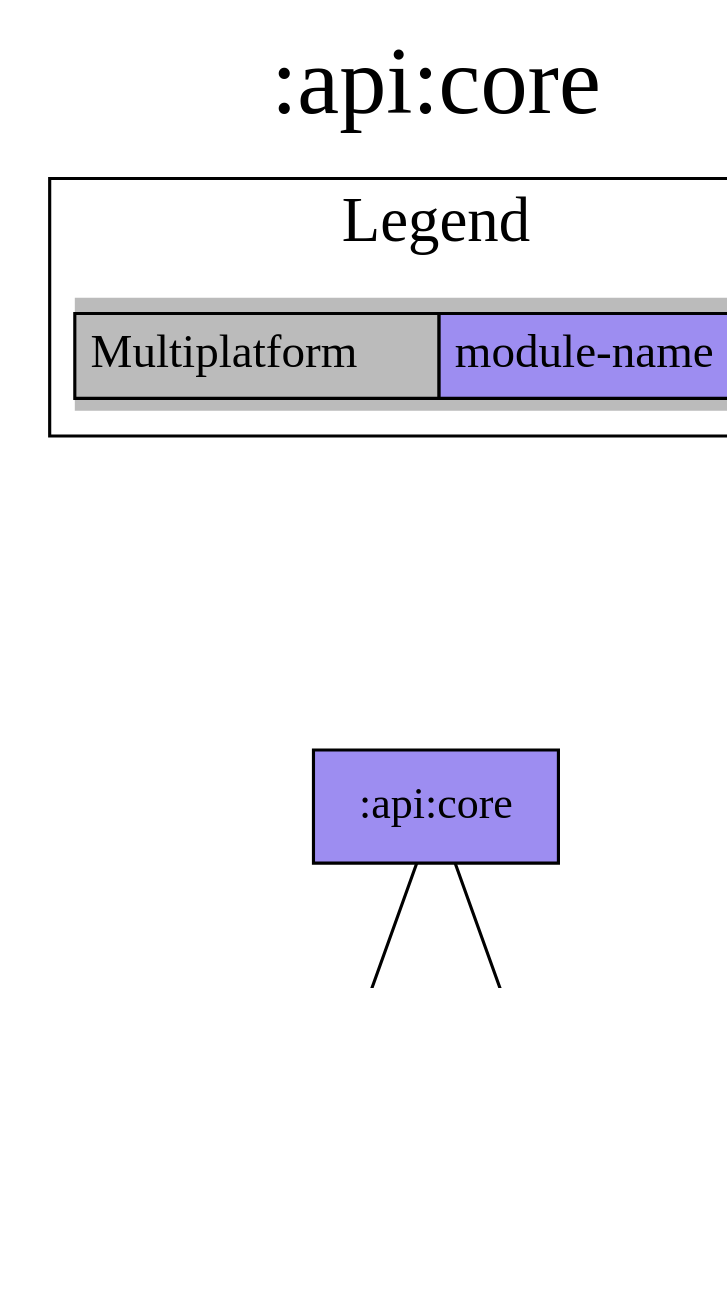
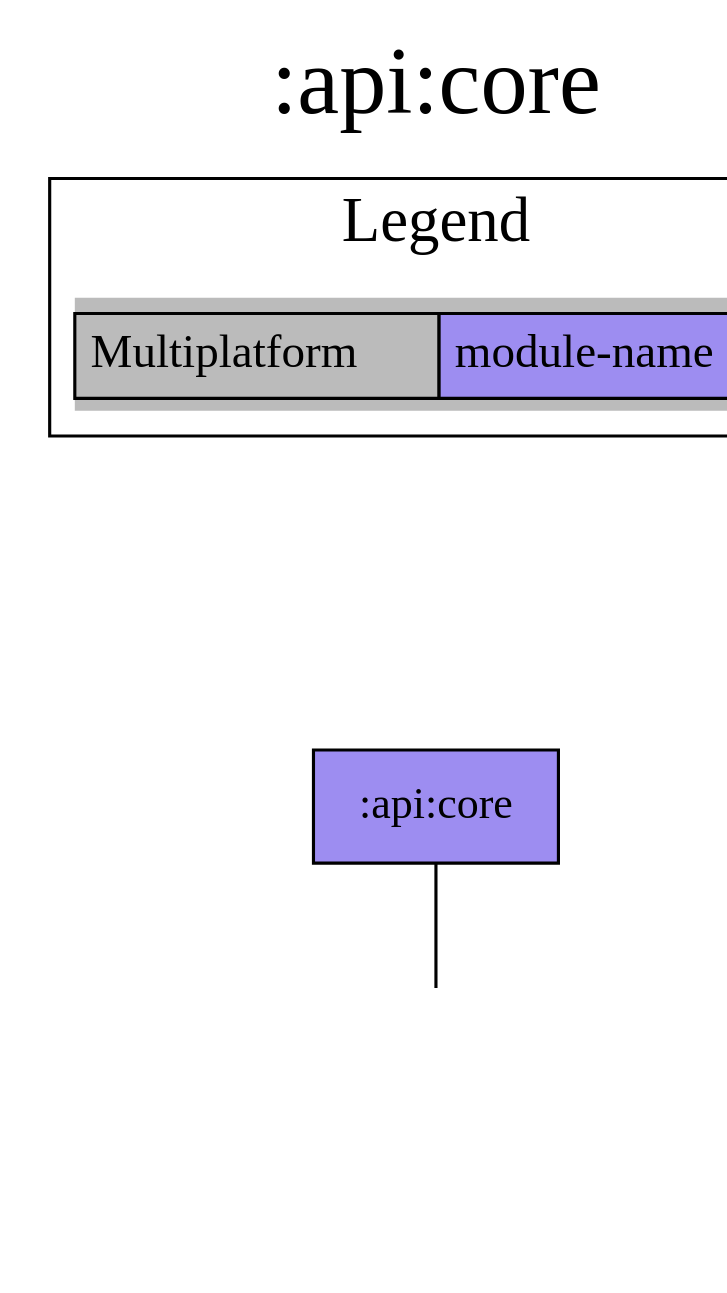
One commit to jonapoul/aktual changed the diagram in modules/api/core/project-dependency-graph.dot. Above: the diagram before and after it, drawn with Graphviz. The commit also changed 91 other files, not shown here.

```diff
--- a/modules/api/core/project-dependency-graph.dot
+++ b/modules/api/core/project-dependency-graph.dot
@@ -1,23 +1,21 @@
 digraph {
 edge ["dir"="forward"]
 graph ["dpi"="100","label"=":api:core","labelloc"="t","fontsize"="30","ranksep"="1.5","rankdir"="TB"]
 node ["style"="filled"]
 ":api:core" ["fillcolor"="#9D8DF1","shape"="box"]
-":core:log" ["fillcolor"="#9D8DF1","shape"="box"]
 ":url:model" ["fillcolor"="#9D8DF1","shape"="box"]
 {
 edge ["dir"="none"]
 graph ["rank"="same"]
 }
-":api:core" -> ":core:log"
 ":api:core" -> ":url:model"
 subgraph "cluster_legend" {
 edge ["dir"="none"]
 graph ["label"="Legend","fontsize"="20"]
 "Legend" ["style"="filled","fillcolor"="#bbbbbb","shape"="none","margin"="0","fontsize"="15","label"=<
 <TABLE BORDER="0" CELLBORDER="1" CELLSPACING="0" CELLPADDING="4">
 <TR><TD>Multiplatform</TD><TD BGCOLOR="#9D8DF1">module-name</TD></TR>
 </TABLE>
 >]
 } -> ":api:core" ["style"="invis"]
 }
```
